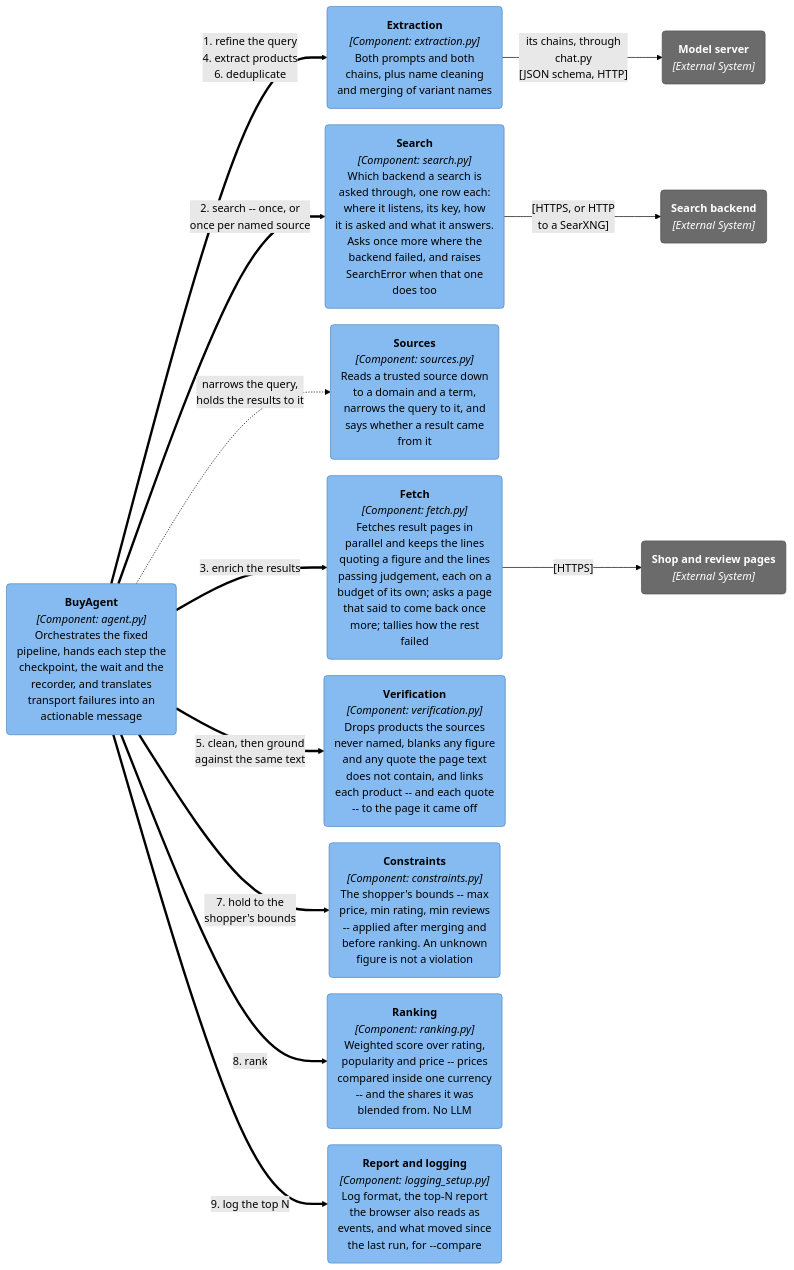
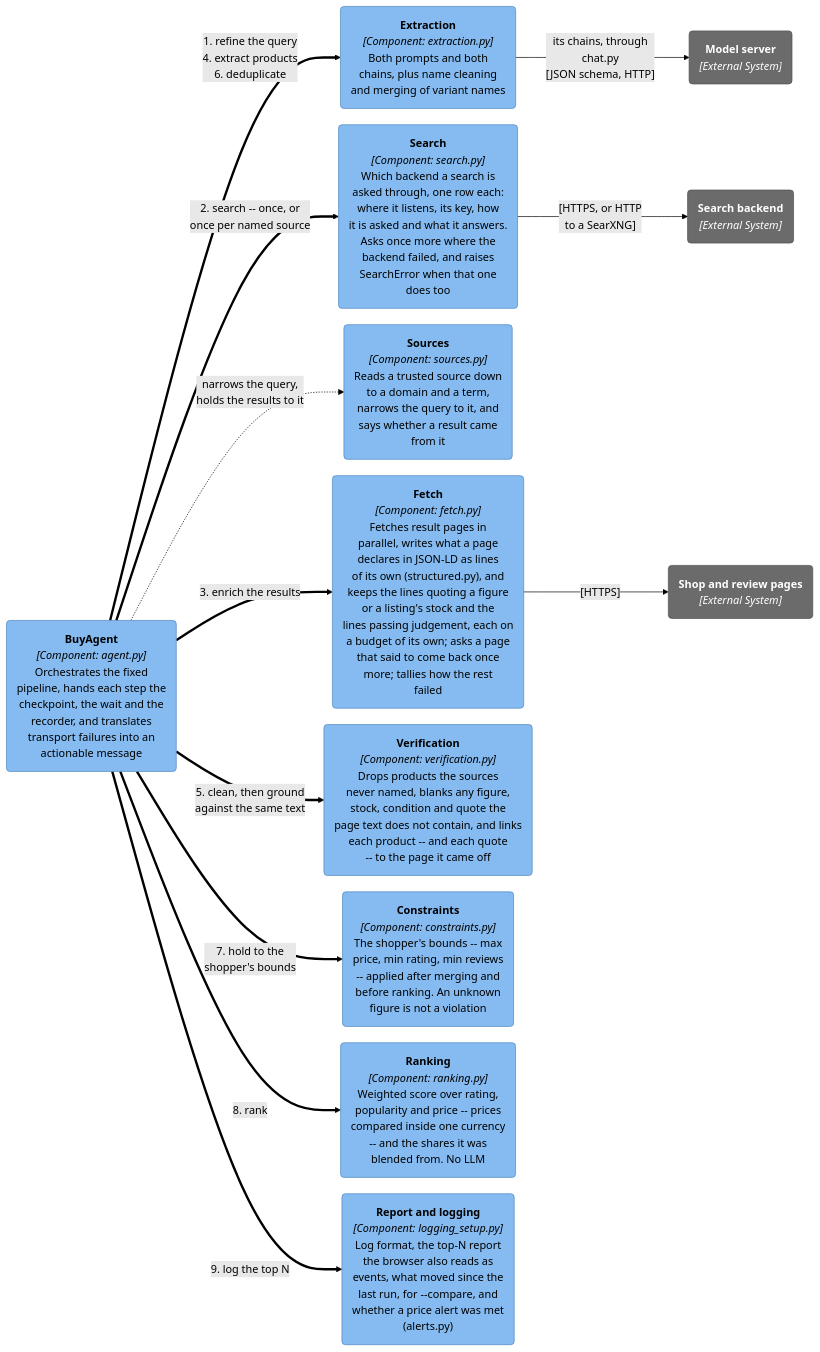
Before and after one commit to adamw7/buy_agent: the fifth of 11 diagrams in docs/architecture.md, drawn with Mermaid (forest theme). The commit also changed 47 other files, not shown here.

First line of the commit message:
Read what pages declare, ground stock and condition, and add a price alert (#306)

````diff
--- a/docs/architecture.md
+++ b/docs/architecture.md
@@ -242,41 +242,41 @@
 ```mermaid
 ---
 config:
   flowchart:
     wrappingWidth: 400
     nodeSpacing: 24
     rankSpacing: 40
 ---
 graph LR
     agent("<b>BuyAgent</b><br/><i>[Component: agent.py]</i><br/>Orchestrates the fixed<br/>pipeline, hands each step the<br/>checkpoint, the wait and the<br/>recorder, and translates<br/>transport failures into an<br/>actionable message")
     extraction("<b>Extraction</b><br/><i>[Component: extraction.py]</i><br/>Both prompts and both<br/>chains, plus name cleaning<br/>and merging of variant names")
     search("<b>Search</b><br/><i>[Component: search.py]</i><br/>Which backend a search is<br/>asked through, one row each:<br/>where it listens, its key, how<br/>it is asked and what it answers.<br/>Asks once more where the<br/>backend failed, and raises<br/>SearchError when that one<br/>does too")
     sources("<b>Sources</b><br/><i>[Component: sources.py]</i><br/>Reads a trusted source down<br/>to a domain and a term,<br/>narrows the query to it, and<br/>says whether a result came<br/>from it")
-    fetch("<b>Fetch</b><br/><i>[Component: fetch.py]</i><br/>Fetches result pages in<br/>parallel and keeps the lines<br/>quoting a figure and the lines<br/>passing judgement, each on a<br/>budget of its own; asks a page<br/>that said to come back once<br/>more; tallies how the rest<br/>failed")
-    verification("<b>Verification</b><br/><i>[Component: verification.py]</i><br/>Drops products the sources<br/>never named, blanks any figure<br/>and any quote the page text<br/>does not contain, and links<br/>each product -- and each quote<br/>-- to the page it came off")
+    fetch("<b>Fetch</b><br/><i>[Component: fetch.py]</i><br/>Fetches result pages in<br/>parallel, writes what a page<br/>declares in JSON-LD as lines<br/>of its own (structured.py), and<br/>keeps the lines quoting a figure<br/>or a listing's stock and the<br/>lines passing judgement, each on<br/>a budget of its own; asks a page<br/>that said to come back once<br/>more; tallies how the rest<br/>failed")
+    verification("<b>Verification</b><br/><i>[Component: verification.py]</i><br/>Drops products the sources<br/>never named, blanks any figure,<br/>stock, condition and quote the<br/>page text does not contain, and links<br/>each product -- and each quote<br/>-- to the page it came off")
     constraints("<b>Constraints</b><br/><i>[Component: constraints.py]</i><br/>The shopper's bounds -- max<br/>price, min rating, min reviews<br/>-- applied after merging and<br/>before ranking. An unknown<br/>figure is not a violation")
     ranking("<b>Ranking</b><br/><i>[Component: ranking.py]</i><br/>Weighted score over rating,<br/>popularity and price -- prices<br/>compared inside one currency<br/>-- and the shares it was<br/>blended from. No LLM")
-    logsetup("<b>Report and logging</b><br/><i>[Component: logging_setup.py]</i><br/>Log format, the top-N report<br/>the browser also reads as<br/>events, and what moved since<br/>the last run, for --compare")
+    logsetup("<b>Report and logging</b><br/><i>[Component: logging_setup.py]</i><br/>Log format, the top-N report<br/>the browser also reads as<br/>events, what moved since the<br/>last run, for --compare, and<br/>whether a price alert was met<br/>(alerts.py)")
 
     ollama("<b>Model server</b><br/><i>[External System]</i>")
     ddg("<b>Search backend</b><br/><i>[External System]</i>")
     shops("<b>Shop and review pages</b><br/><i>[External System]</i>")
 
     agent ==>|"1. refine the query<br/>4. extract products<br/>6. deduplicate"| extraction
     agent ==>|"2. search -- once, or<br/>once per named source"| search
     agent -.->|"narrows the query,<br/>holds the results to it"| sources
     agent ==>|"3. enrich the results"| fetch
     agent ==>|"5. clean, then ground<br/>against the same text"| verification
     agent ==>|"7. hold to the<br/>shopper's bounds"| constraints
     agent ==>|"8. rank"| ranking
     agent ==>|"9. log the top N"| logsetup
 
     extraction -->|"its chains, through<br/>chat.py<br/>[JSON schema, HTTP]"| ollama
     search -->|"[HTTPS, or HTTP<br/>to a SearXNG]"| ddg
     fetch -->|"[HTTPS]"| shops
 
     classDef component fill:#85bbf0,stroke:#4f86c0,color:#000
     classDef external fill:#6b6b6b,stroke:#4d4d4d,color:#fff
     class agent,extraction,search,sources,fetch,verification,constraints,ranking,logsetup component
     class ollama,ddg,shops external
 ```
````
